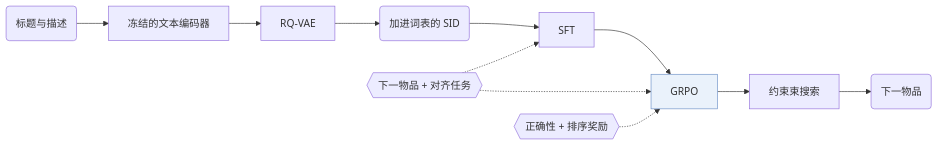
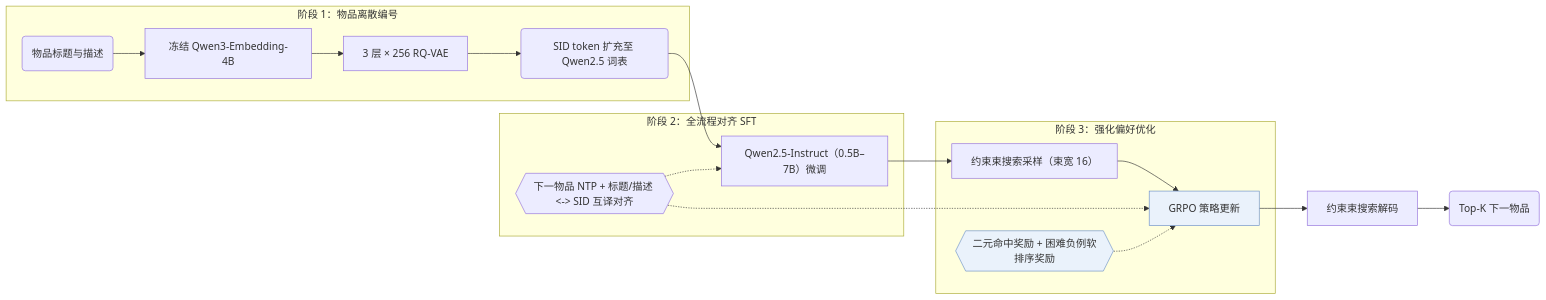
Before and after one commit to Galaxy-ghost/Awesome-SID-Generative-Rec: the diagram in notes/zh/minionerec.md, drawn with Mermaid. The commit also changed other lines of this file and 649 other files, not shown here.

Commit message:
writer-05: also tags and modality index (schema, check, build, visuals); summary field removed; calibration data for 12 papers

````diff
--- a/notes/zh/minionerec.md
+++ b/notes/zh/minionerec.md
@@ -15,14 +16,21 @@
 ```mermaid
 flowchart LR
-    A("标题与描述") --> B["冻结的文本编码器"]
-    B --> C["RQ-VAE"]
-    C --> D("加进词表的 SID")
-    D --> E["SFT"]
-    E --> F["GRPO"]:::key
-    L1{{"下一物品 + 对齐任务"}} -.-> E
-    L1 -.-> F
-    L2{{"正确性 + 排序奖励"}} -.-> F
-    F --> G["约束束搜索"]
-    G --> H("下一物品")
+    subgraph TOK["阶段 1：物品离散编号"]
+        A("物品标题与描述") --> B["冻结 Qwen3-Embedding-4B"]
+        B --> C["3 层 × 256 RQ-VAE"]
+        C --> D("SID token 扩充至 Qwen2.5 词表")
+    end
+    subgraph SFT_STAGE["阶段 2：全流程对齐 SFT"]
+        D --> E["Qwen2.5-Instruct（0.5B–7B）微调"]
+        L1{{"下一物品 NTP + 标题/描述 <-> SID 互译对齐"}} -.-> E
+    end
+    subgraph RL_STAGE["阶段 3：强化偏好优化"]
+        E --> R["约束束搜索采样（束宽 16）"]
+        R --> F["GRPO 策略更新"]:::key
+        L1 -.-> F
+        L2{{"二元命中奖励 + 困难负例软排序奖励"}}:::key -.-> F
+    end
+    F --> G["约束束搜索解码"]
+    G --> H("Top-K 下一物品")
     classDef key fill:#eaf2fb,stroke:#6b8fc7
 ```
````
